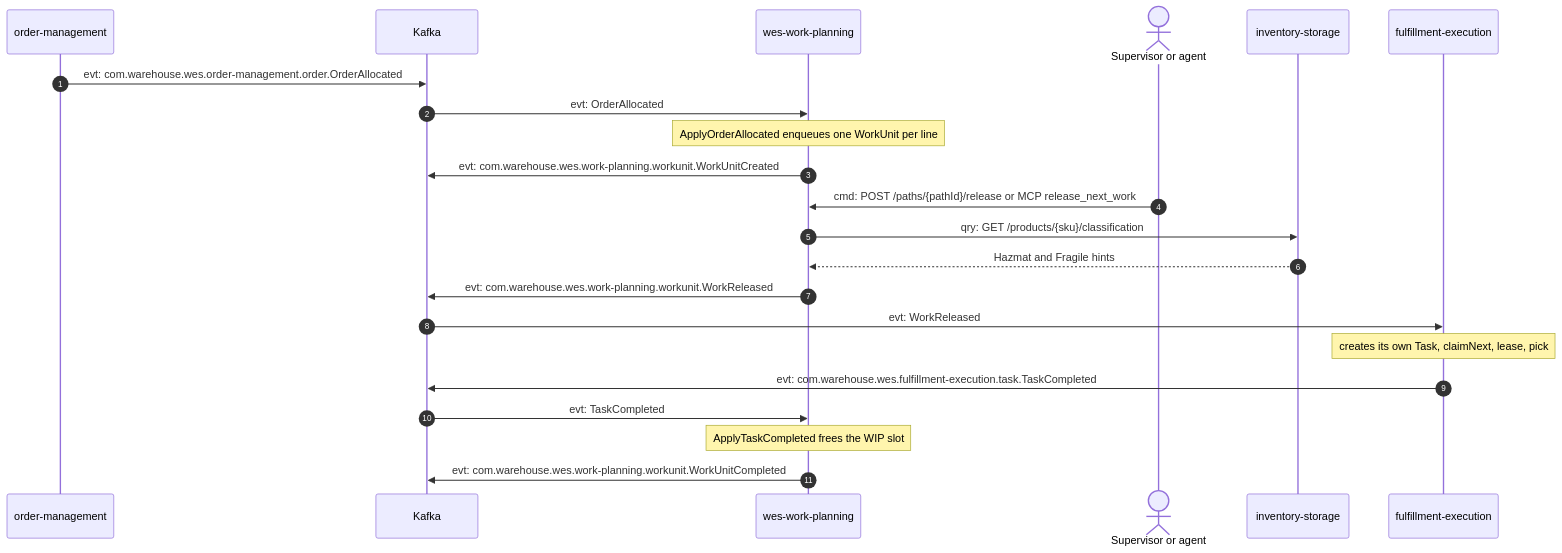
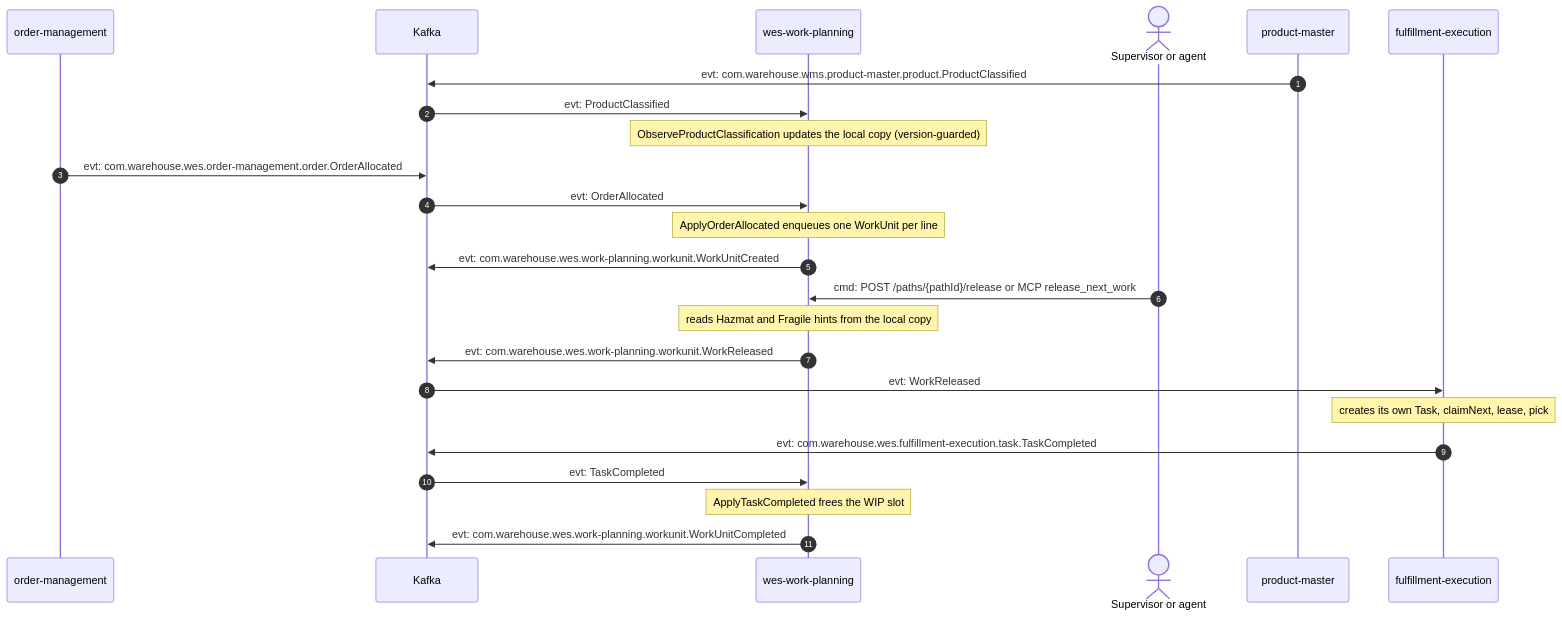
The first of 4 diagrams in docs/contexts/wes-work-planning/domain-message-flow.md (IQVO/warehouse-docs), drawn with Mermaid before and after one commit. The commit also changed 118 other files, not shown here.

````diff
--- a/docs/contexts/wes-work-planning/domain-message-flow.md
+++ b/docs/contexts/wes-work-planning/domain-message-flow.md
@@ -25,25 +25,27 @@
 ```mermaid
 sequenceDiagram
     autonumber
     participant OM as order-management
     participant K as Kafka
     participant WP as wes-work-planning
     actor Sup as Supervisor or agent
-    participant INV as inventory-storage
+    participant PM as product-master
     participant FE as fulfillment-execution
 
+    PM->>K: evt: com.warehouse.wms.product-master.product.ProductClassified
+    K->>WP: evt: ProductClassified
+    Note over WP: ObserveProductClassification updates the local copy (version-guarded)
     OM->>K: evt: com.warehouse.wes.order-management.order.OrderAllocated
     K->>WP: evt: OrderAllocated
     Note over WP: ApplyOrderAllocated enqueues one WorkUnit per line
     WP->>K: evt: com.warehouse.wes.work-planning.workunit.WorkUnitCreated
     Sup->>WP: cmd: POST /paths/{pathId}/release or MCP release_next_work
-    WP->>INV: qry: GET /products/{sku}/classification
-    INV-->>WP: Hazmat and Fragile hints
+    Note over WP: reads Hazmat and Fragile hints from the local copy
     WP->>K: evt: com.warehouse.wes.work-planning.workunit.WorkReleased
     K->>FE: evt: WorkReleased
     Note over FE: creates its own Task, claimNext, lease, pick
     FE->>K: evt: com.warehouse.wes.fulfillment-execution.task.TaskCompleted
     K->>WP: evt: TaskCompleted
     Note over WP: ApplyTaskCompleted frees the WIP slot
     WP->>K: evt: com.warehouse.wes.work-planning.workunit.WorkUnitCompleted
 ```
````
